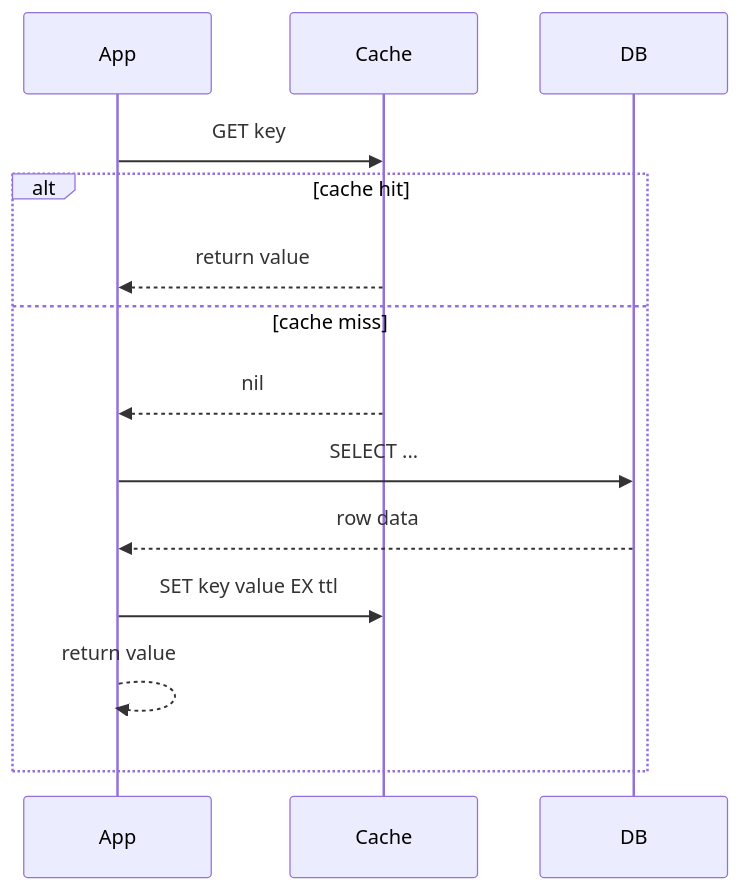
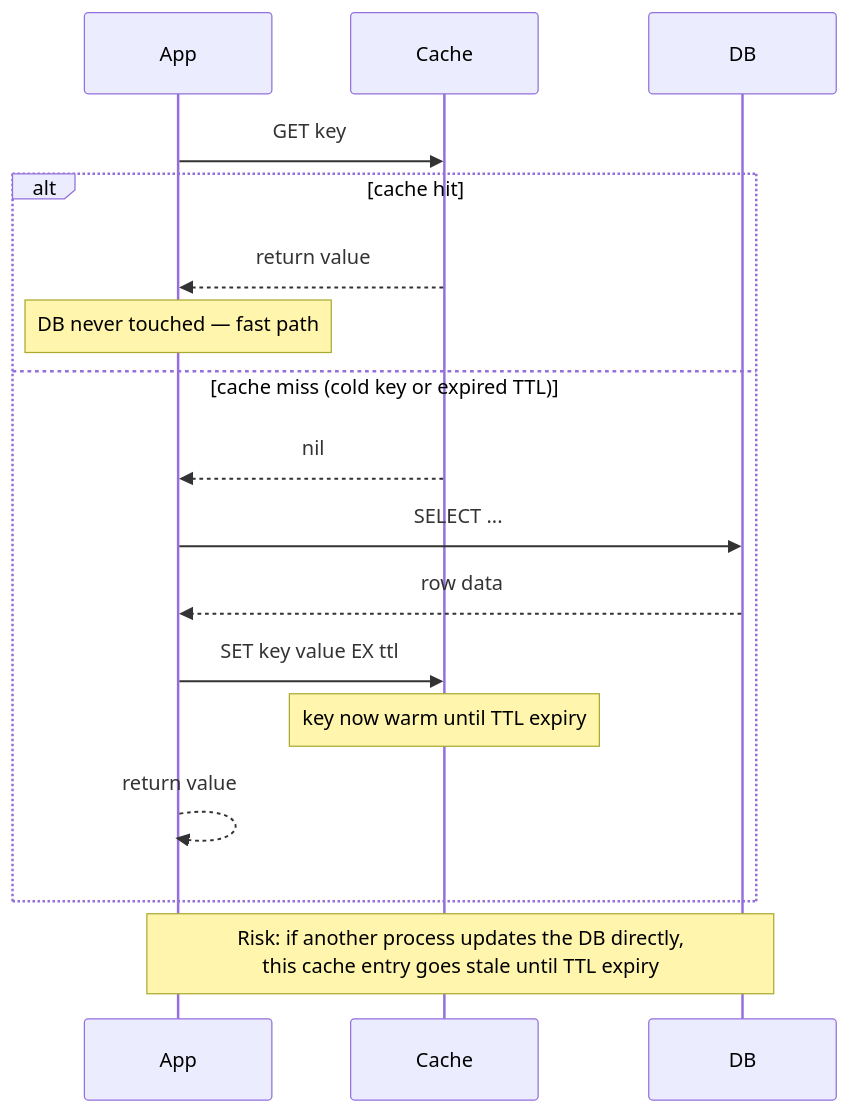
The second of 8 diagrams in databases/caching.md (deepanshu-rawat6/DevOpsIndex), drawn with Mermaid before and after one commit. The commit also changed other lines of this file and 7 other files, not shown here.

````diff
--- a/databases/caching.md
+++ b/databases/caching.md
@@ -52,17 +90,20 @@
 ```mermaid
 sequenceDiagram
     participant App
     participant Cache
     participant DB
 
     App->>Cache: GET key
     alt cache hit
         Cache-->>App: return value
-    else cache miss
+        Note over App: DB never touched — fast path
+    else cache miss (cold key or expired TTL)
         Cache-->>App: nil
         App->>DB: SELECT ...
         DB-->>App: row data
         App->>Cache: SET key value EX ttl
+        Note over Cache: key now warm until TTL expiry
         App-->>App: return value
     end
+    Note over App,DB: Risk: if another process updates the DB directly,<br/>this cache entry goes stale until TTL expiry
 ```
````
